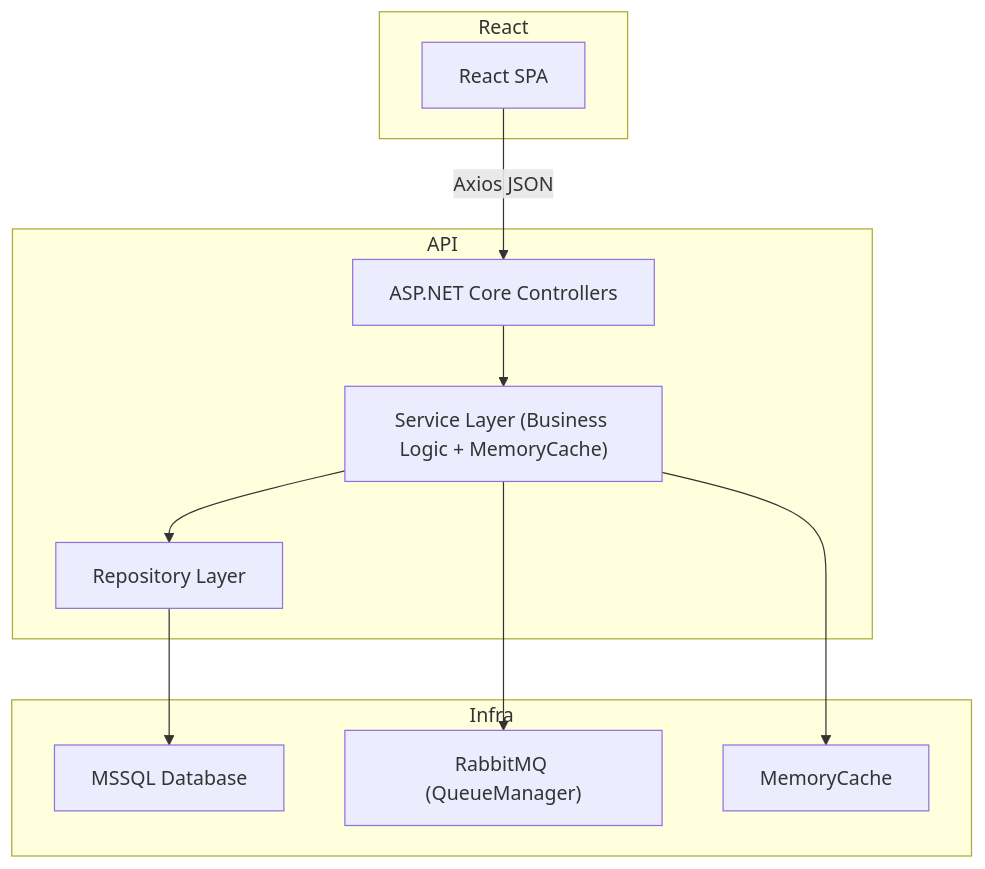
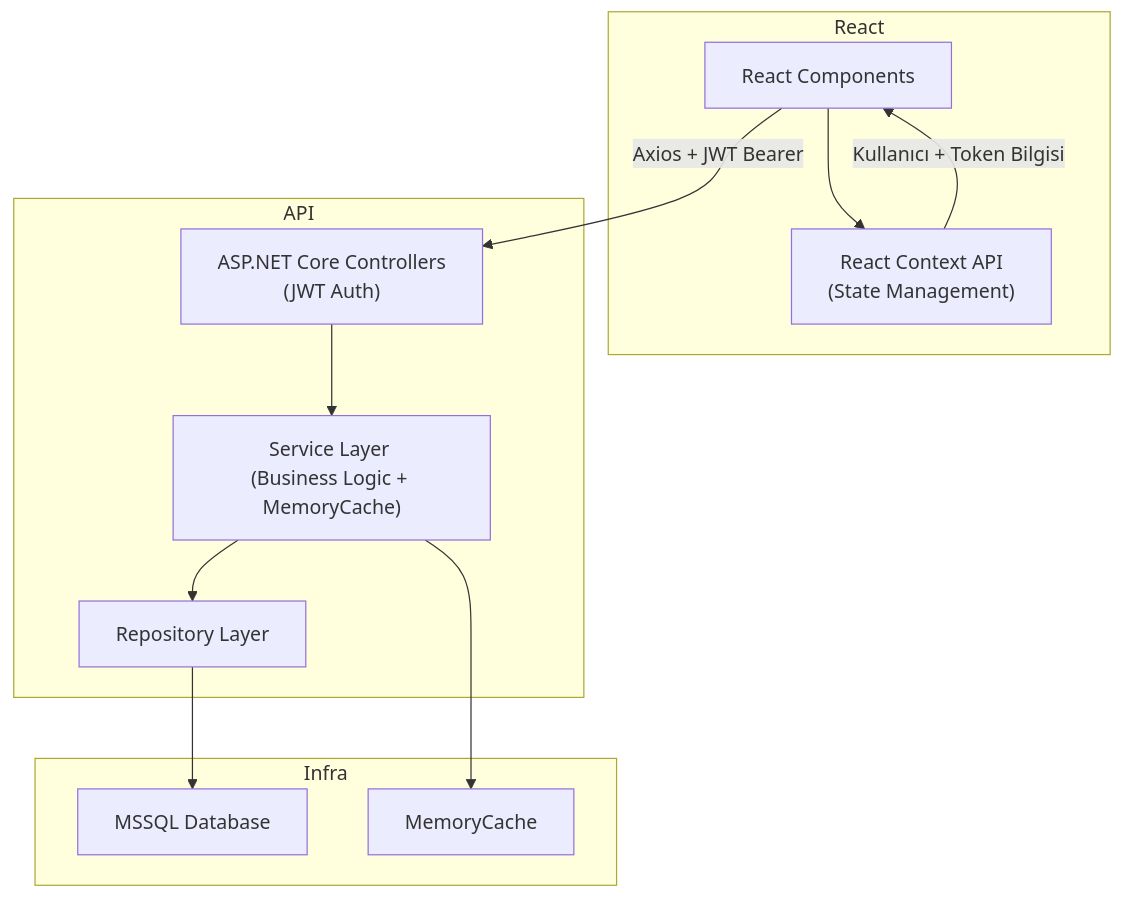
Before and after one commit to AliErenMercan/InveonBootcampAssignments: the diagram in README.md, drawn with Mermaid. The commit also changed other lines of this file and 1 other file, not shown here.

````diff
--- a/README.md
+++ b/README.md
@@ -5,25 +5,26 @@
 ```mermaid
 flowchart TB
     subgraph React
-    UI["React SPA"]
+    UI["React Components"]
+    ContextAPI["React Context API \n(State Management)"]
+    UI --> ContextAPI
     end
 
     subgraph API
-    Controller["ASP.NET Core Controllers"]
-    ServiceLayer["Service Layer (Business Logic + MemoryCache)"]
+    Controller["ASP.NET Core Controllers \n(JWT Auth)"]
+    ServiceLayer["Service Layer \n(Business Logic + MemoryCache)"]
     RepositoryLayer["Repository Layer"]
     end
 
     subgraph Infra
     DB["MSSQL Database"]
-    MQ["RabbitMQ (QueueManager)"]
     Cache["MemoryCache"]
     end
 
-    UI -->|Axios JSON| Controller
+    UI -->|Axios + JWT Bearer| Controller
     Controller --> ServiceLayer
     ServiceLayer --> Cache
     ServiceLayer --> RepositoryLayer
     RepositoryLayer --> DB
-    ServiceLayer --> MQ
+    ContextAPI -->|Kullanıcı + Token Bilgisi| UI
 ``` 
````
